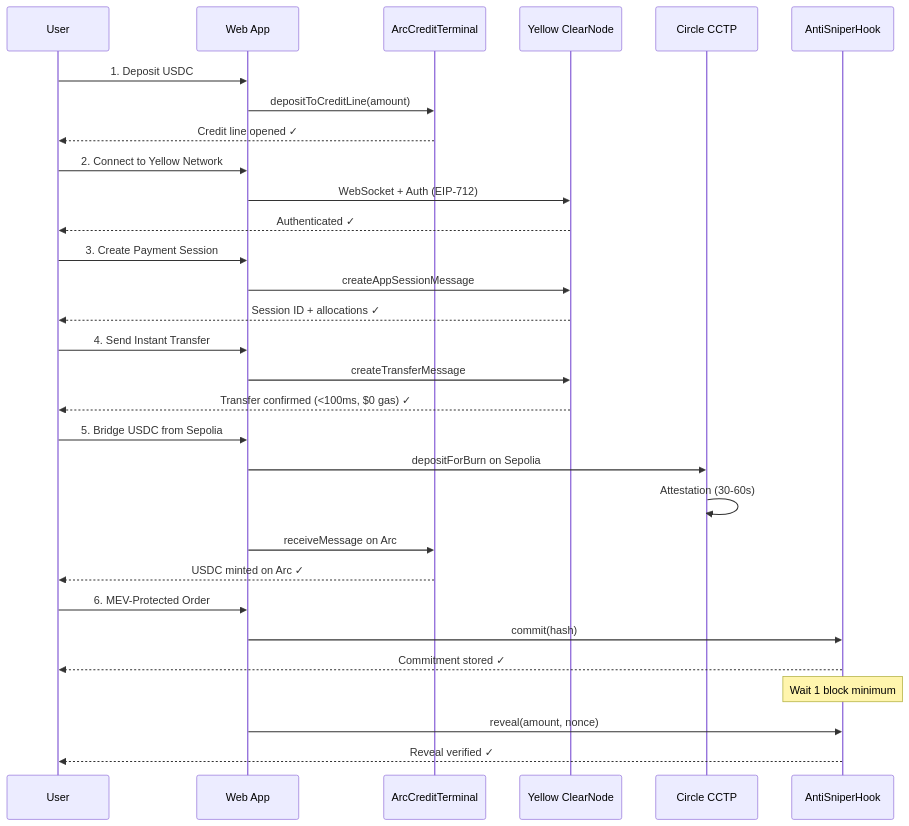
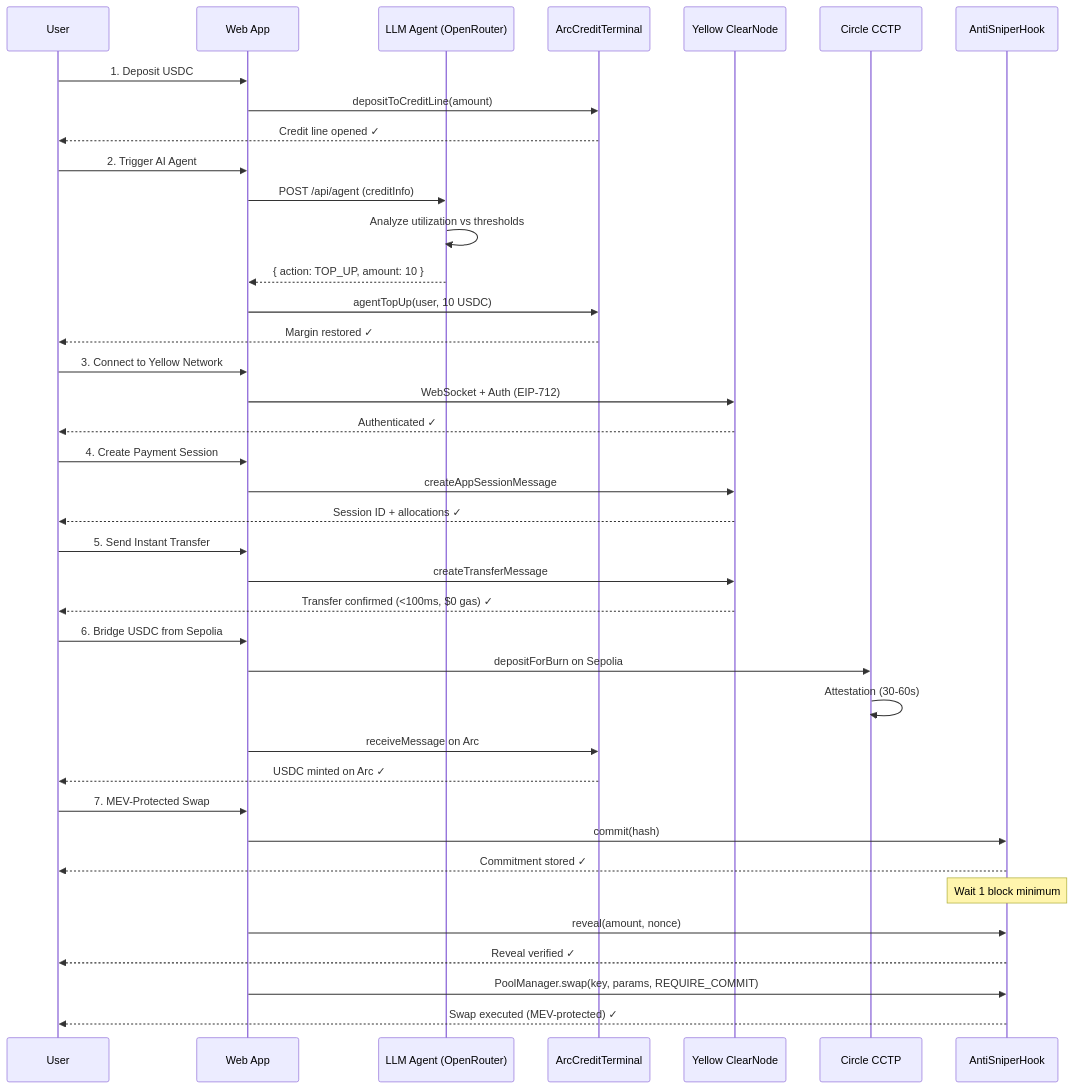
One commit to N-45div/HackMoney2026 changed the second of 11 diagrams in ARCHITECTURE.md. Above: the diagram before and after it, drawn with Mermaid. The commit also changed other lines of this file and 2 other files, not shown here.

First line of the commit message:
docs: update README and ARCHITECTURE with LLM agent flow and OpenRouter integration

````diff
--- a/ARCHITECTURE.md
+++ b/ARCHITECTURE.md
@@ -54,38 +63,48 @@
 ```mermaid
 sequenceDiagram
     participant User
     participant UI as Web App
+    participant Agent as LLM Agent (OpenRouter)
     participant ACT as ArcCreditTerminal
     participant YN as Yellow ClearNode
     participant CCTP as Circle CCTP
     participant Hook as AntiSniperHook
 
     User->>UI: 1. Deposit USDC
     UI->>ACT: depositToCreditLine(amount)
     ACT-->>User: Credit line opened ✓
     
-    User->>UI: 2. Connect to Yellow Network
+    User->>UI: 2. Trigger AI Agent
+    UI->>Agent: POST /api/agent (creditInfo)
+    Agent->>Agent: Analyze utilization vs thresholds
+    Agent-->>UI: { action: TOP_UP, amount: 10 }
+    UI->>ACT: agentTopUp(user, 10 USDC)
+    ACT-->>User: Margin restored ✓
+    
+    User->>UI: 3. Connect to Yellow Network
     UI->>YN: WebSocket + Auth (EIP-712)
     YN-->>User: Authenticated ✓
     
-    User->>UI: 3. Create Payment Session
+    User->>UI: 4. Create Payment Session
     UI->>YN: createAppSessionMessage
     YN-->>User: Session ID + allocations ✓
     
-    User->>UI: 4. Send Instant Transfer
+    User->>UI: 5. Send Instant Transfer
     UI->>YN: createTransferMessage
     YN-->>User: Transfer confirmed (<100ms, $0 gas) ✓
     
-    User->>UI: 5. Bridge USDC from Sepolia
+    User->>UI: 6. Bridge USDC from Sepolia
     UI->>CCTP: depositForBurn on Sepolia
     CCTP->>CCTP: Attestation (30-60s)
     UI->>ACT: receiveMessage on Arc
     ACT-->>User: USDC minted on Arc ✓
     
-    User->>UI: 6. MEV-Protected Order
+    User->>UI: 7. MEV-Protected Swap
     UI->>Hook: commit(hash)
     Hook-->>User: Commitment stored ✓
     Note over Hook: Wait 1 block minimum
     UI->>Hook: reveal(amount, nonce)
     Hook-->>User: Reveal verified ✓
+    UI->>Hook: PoolManager.swap(key, params, REQUIRE_COMMIT)
+    Hook-->>User: Swap executed (MEV-protected) ✓
 ```
````
